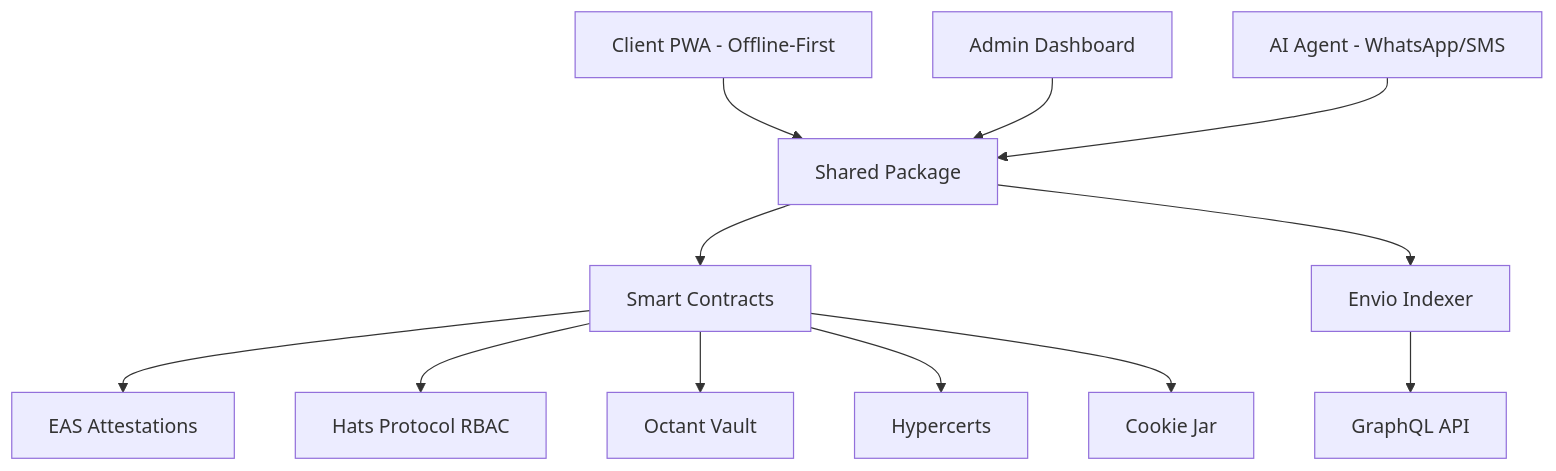
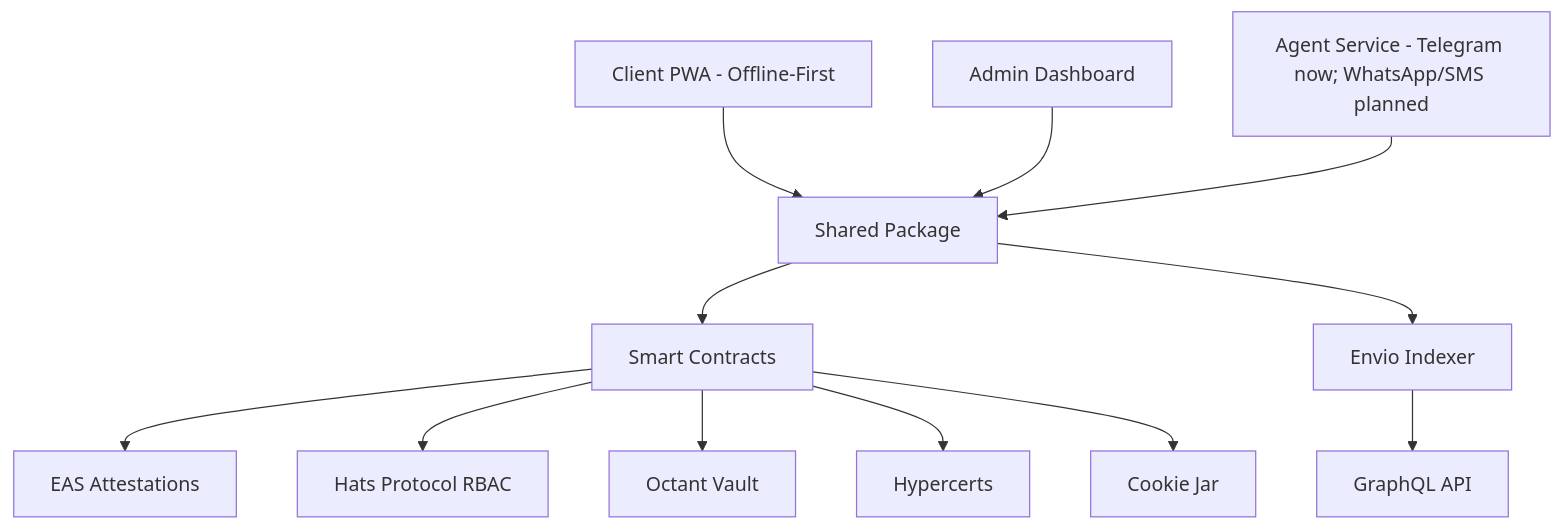
The diagram in docs/docs/builders/specs/v1-0.mdx (greenpill-dev-guild/green-goods), drawn with Mermaid before and after one commit. The commit also changed other lines of this file and 18 other files, not shown here.

````diff
--- a/docs/docs/builders/specs/v1-0.mdx
+++ b/docs/docs/builders/specs/v1-0.mdx
@@ -31,14 +35,14 @@
 ```mermaid
 flowchart TD
     Client[Client PWA - Offline-First] --> Shared[Shared Package]
     Admin[Admin Dashboard] --> Shared
-    Agent[AI Agent - WhatsApp/SMS] --> Shared
+    Agent[Agent Service - Telegram now; WhatsApp/SMS planned] --> Shared
     Shared --> Contracts[Smart Contracts]
     Shared --> Indexer[Envio Indexer]
     Contracts --> EAS[EAS Attestations]
     Contracts --> Hats[Hats Protocol RBAC]
     Contracts --> Vault[Octant Vault]
     Contracts --> HC[Hypercerts]
     Contracts --> CJ[Cookie Jar]
     Indexer --> GQL[GraphQL API]
 ```
````
